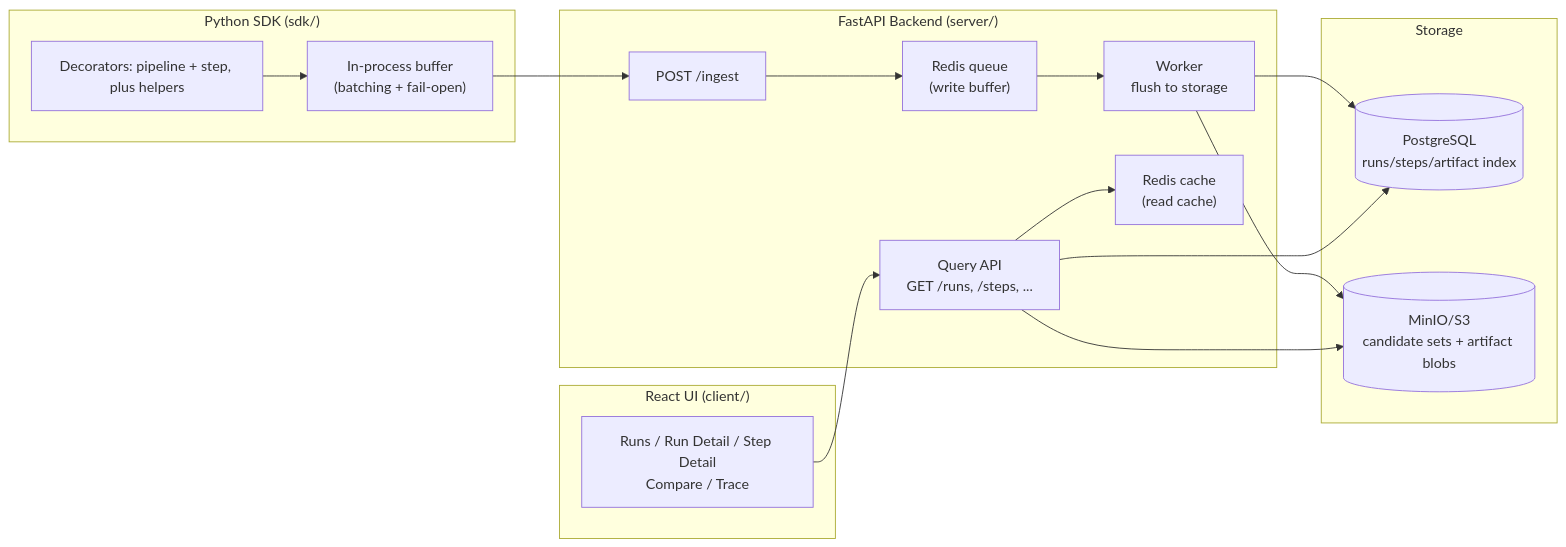
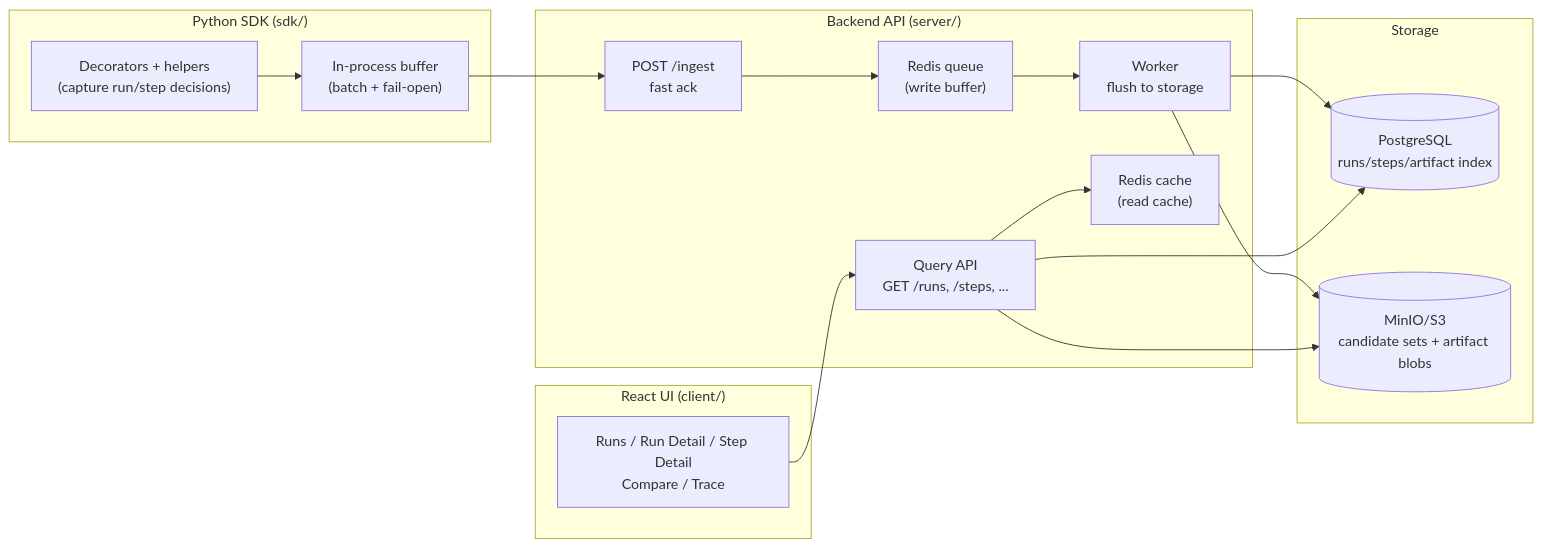
Before and after one commit to DeepakSilaych/ZenRay: the diagram in ARCHITECTURE.md, drawn with Mermaid. The commit also changed other lines of this file, not shown here.

Commit message:
Revise architecture documentation to enhance clarity and detail; restructure sections, update diagrams, and clarify data model rationale for improved understanding of the X-Ray system's design and functionality.

````diff
--- a/ARCHITECTURE.md
+++ b/ARCHITECTURE.md
@@ -31,32 +8,32 @@
 ```mermaid
 flowchart LR
   subgraph SDK["Python SDK (sdk/)"]
-    A["Decorators: pipeline + step, plus helpers"]
-    B["In-process buffer\n(batching + fail-open)"]
+    A["Decorators + helpers\n(capture run/step decisions)"]
+    B["In-process buffer\n(batch + fail-open)"]
   end
 
-  subgraph Backend["FastAPI Backend (server/)"]
-    C["POST /ingest"]
+  subgraph Backend["Backend API (server/)"]
+    C["POST /ingest\nfast ack"]
     D["Redis queue\n(write buffer)"]
     E["Worker\nflush to storage"]
     F["Query API\nGET /runs, /steps, ..."]
     G["Redis cache\n(read cache)"]
   end
 
   subgraph Storage["Storage"]
     P[("PostgreSQL\nruns/steps/artifact index")]
     S[("MinIO/S3\ncandidate sets + artifact blobs")]
   end
 
   subgraph UI["React UI (client/)"]
     U["Runs / Run Detail / Step Detail\nCompare / Trace"]
   end
 
   A --> B --> C --> D --> E
   E --> P
   E --> S
   U --> F
   F --> G
   F --> P
   F --> S
 ```
````
